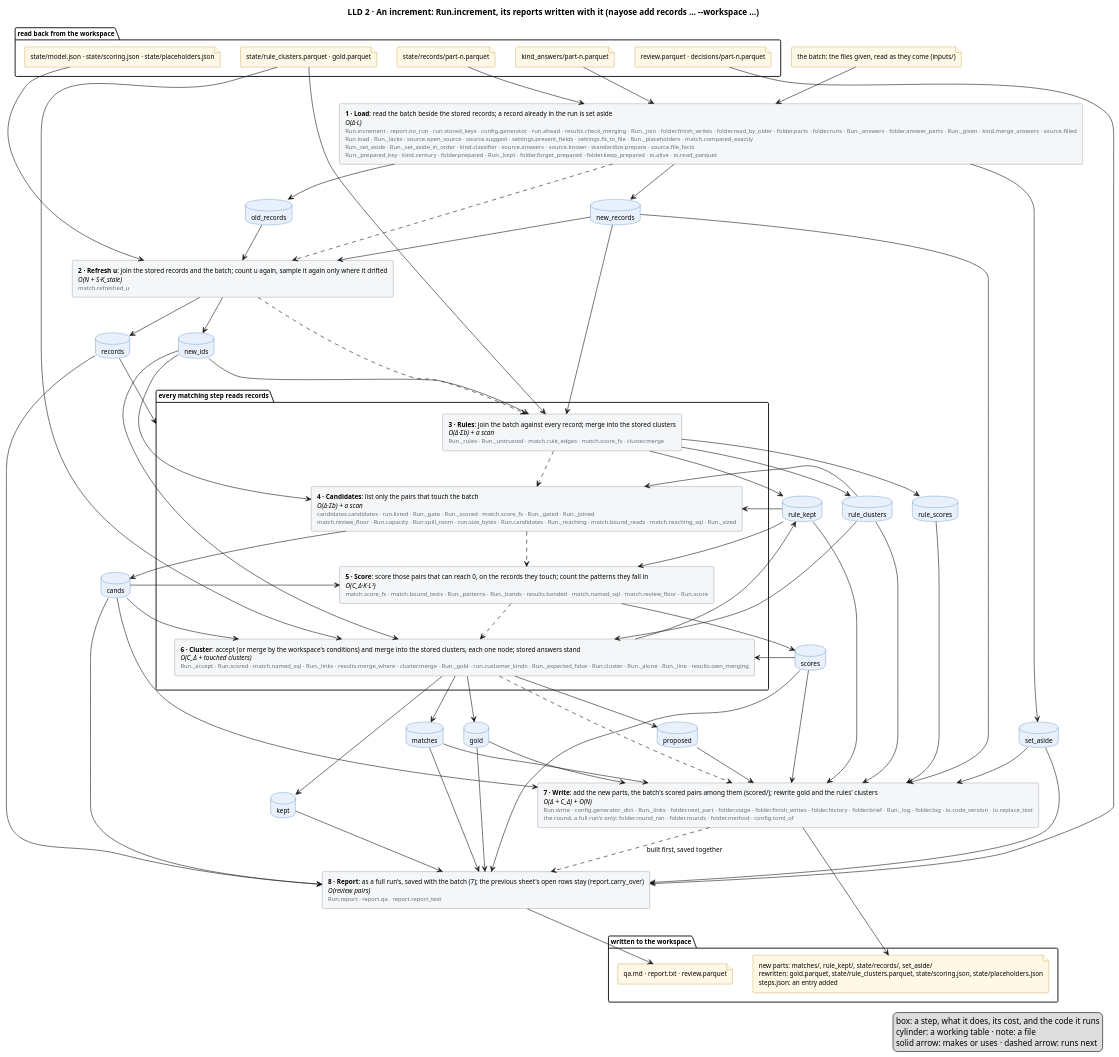
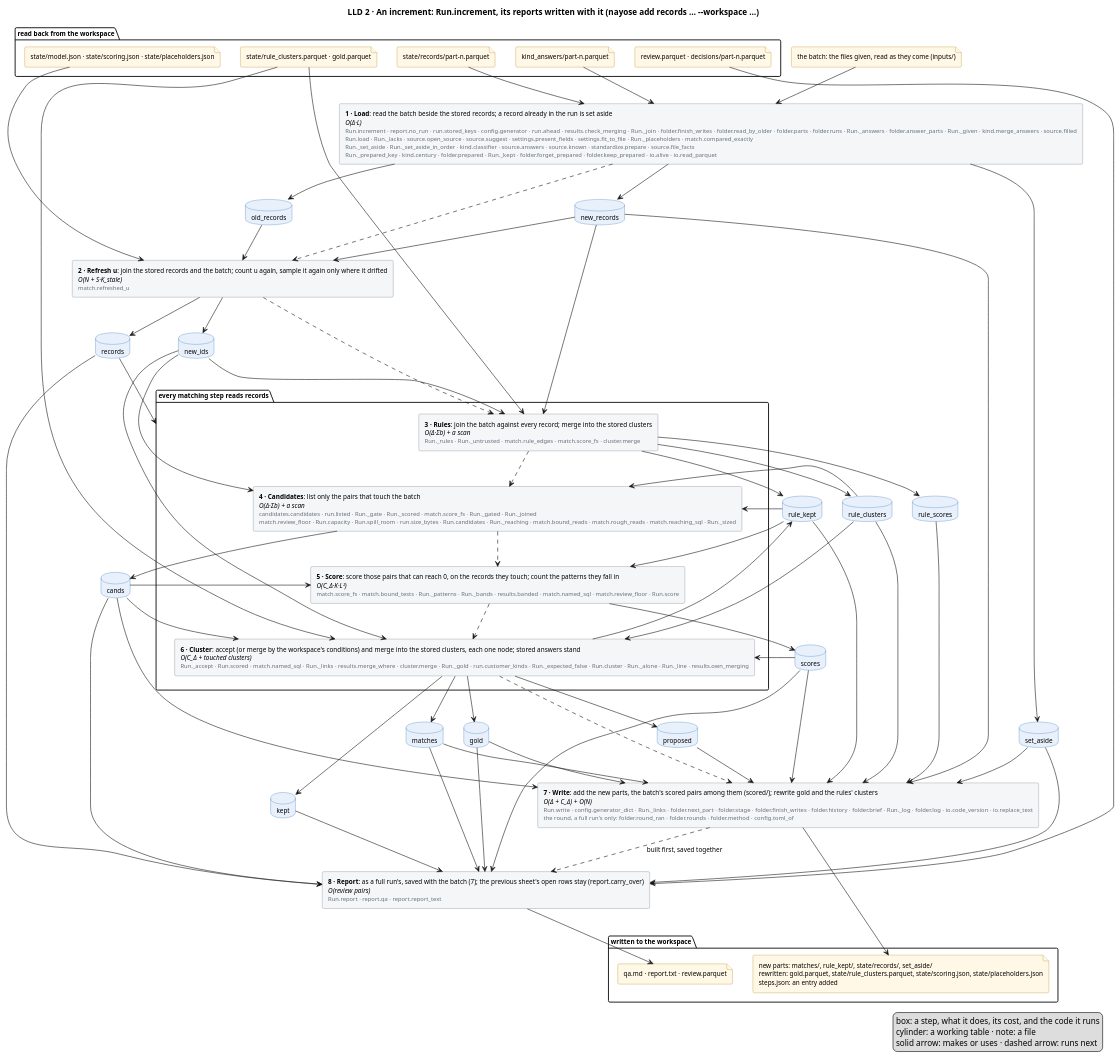
The diagram in docs/diagrams/increment.puml (mvsbm/entity_matching), drawn with PlantUML before and after one commit. The commit also changed 8 other files, not shown here.

```diff
--- a/docs/diagrams/increment.puml
+++ b/docs/diagrams/increment.puml
@@ -1,127 +1,127 @@
 @startuml increment
 title LLD 2 · An increment: Run.increment, its reports written with it (nayose add records … ~--workspace …)
 skinparam defaultFontSize 11
 skinparam rectangle {
   BackgroundColor #F4F6F8
   BorderColor #65717E
 }
 skinparam database {
   BackgroundColor #E8F1FB
   BorderColor #2C6DB3
 }
 skinparam file {
   BackgroundColor #FFF8E6
   BorderColor #B07D00
 }
 
 package "read back from the workspace" {
   file "state/model.json · state/scoring.json · state/placeholders.json" as f_model
   file "state/records/part-n.parquet" as f_records
   file "state/rule_clusters.parquet · gold.parquet" as f_clusters
   file "kind_answers/part-n.parquet" as f_answers
   file "review.parquet · decisions/part-n.parquet" as f_sheet
 }
 file "the batch: the files given, read as they come (inputs/)" as f_batch
 
 
 rectangle "<b>1 · Load</b>: read the batch beside the stored records; a record already in the run is set aside\n<i>O(Δ·L)</i>\n<size:10><color:#65717E>Run.increment · report.no_run · run.stored_keys · config.generator · run.ahead · results.check_merging · Run._join · folder.finish_writes · folder.read_by_older · folder.parts · folder.runs · Run._answers · folder.answer_parts · Run._given · kind.merge_answers · source.filled</color></size>\n<size:10><color:#65717E>Run.load · Run._lacks · source.open_source · source.suggest · settings.present_fields · settings.fit_to_file · Run._placeholders · match.compared_exactly</color></size>\n<size:10><color:#65717E>Run._set_aside · Run._set_aside_in_order · kind.classifier · source.answers · source.known · standardize.prepare · source.file_facts</color></size>\n<size:10><color:#65717E>Run._prepared_key · kind.century · folder.prepared · Run._kept · folder.forget_prepared · folder.keep_prepared · io.alive · io.read_parquet</color></size>" as load
 rectangle "<b>2 · Refresh u</b>: join the stored records and the batch; count u again, sample it again only where it drifted\n<i>O(N + S·K_stale)</i>\n<size:10><color:#65717E>match.refreshed_u</color></size>" as fit
 package "every matching step reads records" as matching {
   rectangle "<b>3 · Rules</b>: join the batch against every record; merge into the stored clusters\n<i>O(Δ·Σb) + a scan</i>\n<size:10><color:#65717E>Run._rules · Run._untrusted · match.rule_edges · match.score_fs · cluster.merge</color></size>" as rules
-  rectangle "<b>4 · Candidates</b>: list only the pairs that touch the batch\n<i>O(Δ·Σb) + a scan</i>\n<size:10><color:#65717E>candidates.candidates · run.listed · Run._gate · Run._scored · match.score_fs · Run._gated · Run._joined</color></size>\n<size:10><color:#65717E>match.review_floor · Run.capacity · Run.spill_room · run.size_bytes · Run.candidates · Run._reaching · match.bound_reads · match.reaching_sql · Run._sized</color></size>" as candidates
+  rectangle "<b>4 · Candidates</b>: list only the pairs that touch the batch\n<i>O(Δ·Σb) + a scan</i>\n<size:10><color:#65717E>candidates.candidates · run.listed · Run._gate · Run._scored · match.score_fs · Run._gated · Run._joined</color></size>\n<size:10><color:#65717E>match.review_floor · Run.capacity · Run.spill_room · run.size_bytes · Run.candidates · Run._reaching · match.bound_reads · match.rough_reads · match.reaching_sql · Run._sized</color></size>" as candidates
   rectangle "<b>5 · Score</b>: score those pairs that can reach 0, on the records they touch; count the patterns they fall in\n<i>O(C_Δ·K·L²)</i>\n<size:10><color:#65717E>match.score_fs · match.bound_tests · Run._patterns · Run._bands · results.banded · match.named_sql · match.review_floor · Run.score</color></size>" as score
   rectangle "<b>6 · Cluster</b>: accept (or merge by the workspace's conditions) and merge into the stored clusters, each one node; stored answers stand\n<i>O(C_Δ + touched clusters)</i>\n<size:10><color:#65717E>Run._accept · Run.scored · match.named_sql · Run._links · results.merge_where · cluster.merge · Run._gold · run.customer_kinds · Run._expected_false · Run.cluster · Run._alone · Run._line · results.own_merging</color></size>" as cluster
 }
 rectangle "<b>7 · Write</b>: add the new parts, the batch's scored pairs among them (scored/); rewrite gold and the rules' clusters\n<i>O(Δ + C_Δ) + O(N)</i>\n<size:10><color:#65717E>Run.write · config.generator_dict · Run._links · folder.next_part · folder.stage · folder.finish_writes · folder.history · folder.brief · Run._log · folder.log · io.code_version · io.replace_text</color></size>\n<size:10><color:#65717E>the round, a full run's only: folder.round_ran · folder.rounds · folder.method · config.toml_of</color></size>" as write
 rectangle "<b>8 · Report</b>: as a full run's, saved with the batch (7); the previous sheet's open rows stay (report.carry_over)\n<i>O(review pairs)</i>\n<size:10><color:#65717E>Run.report · report.qa · report.report_text</color></size>" as report
 database "old_records" as old_records
 database "new_records" as new_records
 database "set_aside" as set_aside
 database "records" as records
 database "new_ids" as new_ids
 database "rule_clusters" as rule_clusters
 database "rule_kept" as rule_kept
 database "cands" as cands
 database "scores" as scores
 database "rule_scores" as rule_scores
 database "matches" as matches
 database "proposed" as proposed
 database "kept" as kept
 database "gold" as gold
 
 package "written to the workspace" {
   file "new parts: matches/, rule_kept/, state/records/, set_aside/\nrewritten: gold.parquet, state/rule_clusters.parquet, state/scoring.json, state/placeholders.json\nsteps.json: an entry added" as f_out
   file "qa.md · report.txt · review.parquet" as f_people
 }
 
 f_batch --> load
 f_records --> load
 f_answers --> load
 f_model --> fit
 f_clusters --> rules
 f_clusters --> cluster
 f_sheet --> report
 
 load ..> fit
 fit ..> rules
 rules ..> candidates
 candidates ..> score
 score ..> cluster
 cluster ..> write
 write ..> report : built first, saved together
 
 load --> old_records
 load --> new_records
 load --> set_aside
 old_records --> fit
 new_records --> fit
 fit --> records
 fit --> new_ids
 records --> matching
 new_records --> rules
 new_ids --> rules
 rules --> rule_clusters
 rules --> rule_kept
 rules --> rule_scores
 rule_scores --> write
 cands --> write
 scores --> write
 new_ids --> candidates
 candidates --> cands
 cands --> score
 score --> scores
 new_ids --> cluster
 rule_clusters --> candidates
 rule_clusters --> cluster
 cands --> cluster
 scores --> cluster
 cluster --> matches
 cluster --> proposed
 cluster --> kept
 cluster --> rule_kept
 kept --> report
 proposed --> write
 cluster --> gold
 new_records --> write
 rule_clusters --> write
 rule_kept --> write
 rule_kept --> score
 rule_kept --> candidates
 matches --> write
 gold --> write
 set_aside --> write
 records --> report
 cands --> report
 scores --> report
 matches --> report
 gold --> report
 set_aside --> report
 
 write --> f_out
 report --> f_people
 legend right
   box: a step, what it does, its cost, and the code it runs
   cylinder: a working table · note: a file
   solid arrow: makes or uses · dashed arrow: runs next
 endlegend
 @enduml
```
